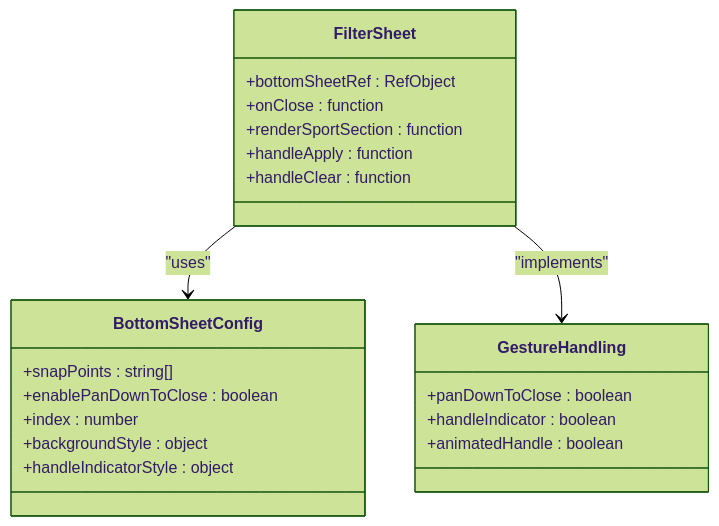
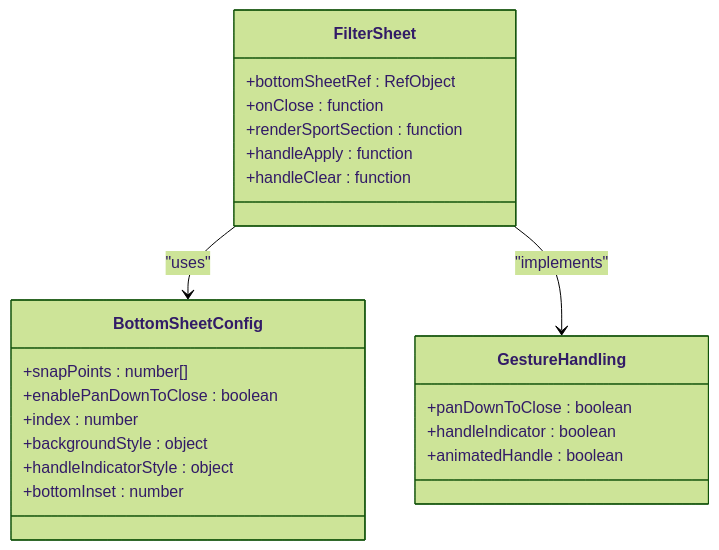
Before and after one commit to Hasanul-Alam/technical-assignment-digiground: the fourth of 8 diagrams in .qoder/repowiki/en/content/Core Features/Filtering System/Filter Sheet Modal.md, drawn with Mermaid (forest theme). The commit also changed other lines of this file and 1 other file, not shown here.

````diff
--- a/.qoder/repowiki/en/content/Core Features/Filtering System/Filter Sheet Modal.md
+++ b/.qoder/repowiki/en/content/Core Features/Filtering System/Filter Sheet Modal.md
@@ -153,24 +194,25 @@
 ```mermaid
 classDiagram
 class BottomSheetConfig {
-+snapPoints : string[]
++snapPoints : number[]
 +enablePanDownToClose : boolean
 +index : number
 +backgroundStyle : object
 +handleIndicatorStyle : object
++bottomInset : number
 }
 class FilterSheet {
 +bottomSheetRef : RefObject
 +onClose : function
 +renderSportSection : function
 +handleApply : function
 +handleClear : function
 }
 class GestureHandling {
 +panDownToClose : boolean
 +handleIndicator : boolean
 +animatedHandle : boolean
 }
 FilterSheet --> BottomSheetConfig : "uses"
 FilterSheet --> GestureHandling : "implements"
 ```
````
